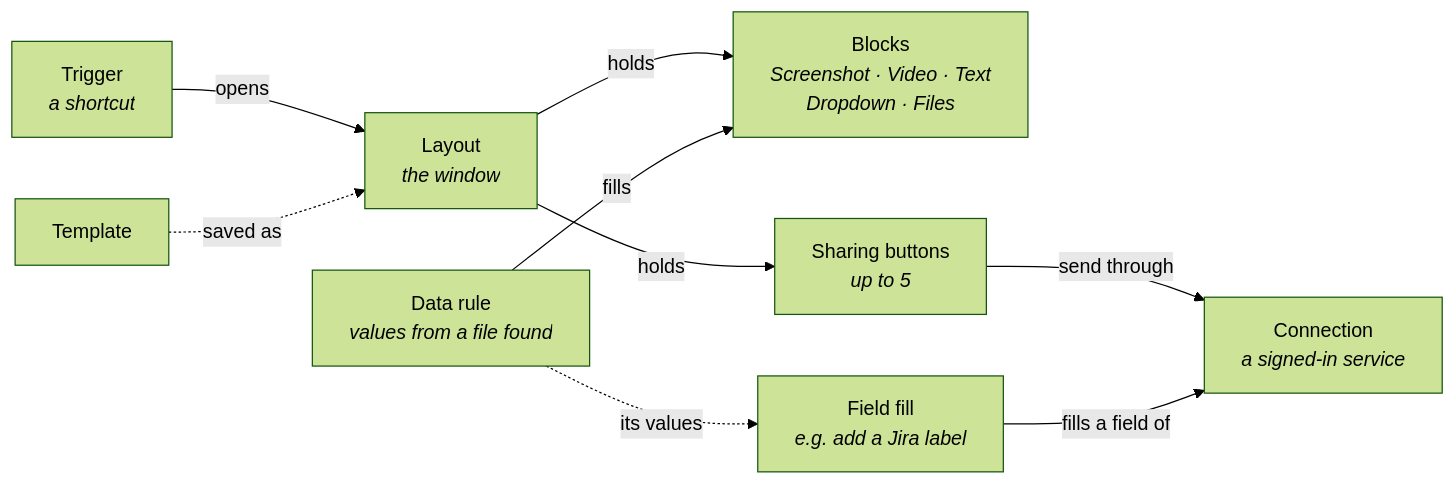
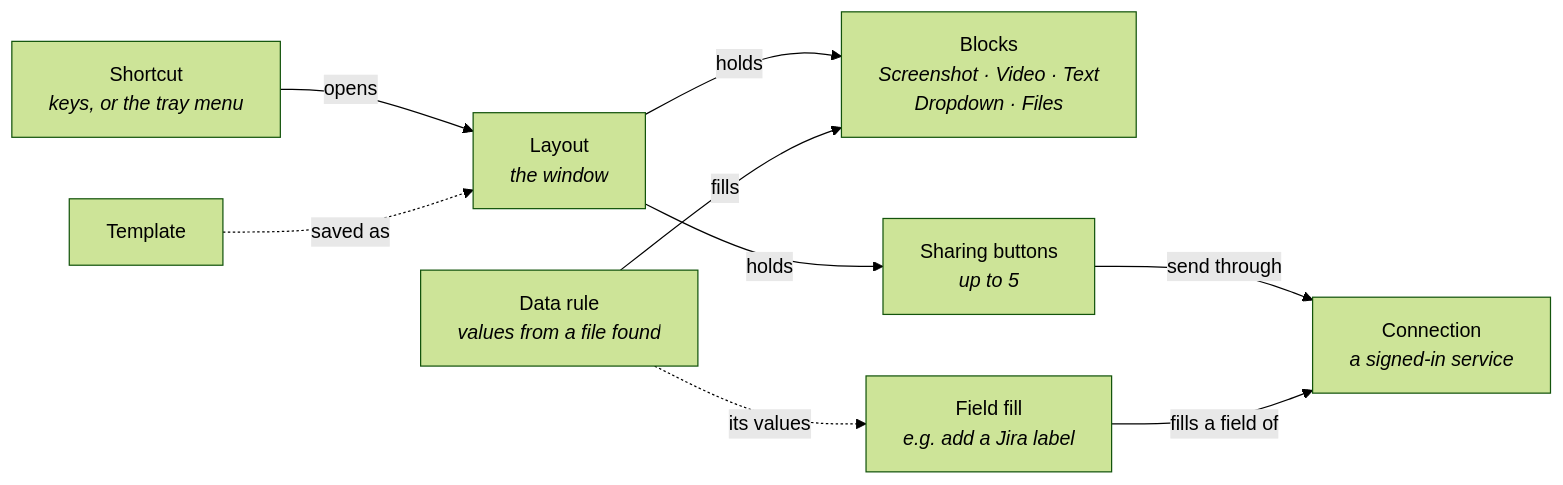
One commit to SotharL/CargoFrame changed the first of 4 diagrams in docs/design.md. Above: the diagram before and after it, drawn with Mermaid (forest theme). The commit also changed other lines of this file and 96 other files, not shown here.

````diff
--- a/docs/design.md
+++ b/docs/design.md
@@ -30,11 +30,11 @@
 ```mermaid
 flowchart LR
-    T[Trigger<br><i>a shortcut</i>] -- opens --> L[Layout<br><i>the window</i>]
+    T[Shortcut<br><i>keys, or the tray menu</i>] -- opens --> L[Layout<br><i>the window</i>]
     L -- holds --> B[Blocks<br><i>Screenshot · Video · Text<br>Dropdown · Files</i>]
     L -- holds --> S[Sharing buttons<br><i>up to 5</i>]
     S -- send through --> C[Connection<br><i>a signed-in service</i>]
     R[Data rule<br><i>values from a file found</i>] -- fills --> B
     X[Field fill<br><i>e.g. add a Jira label</i>] -- fills a field of --> C
     R -. its values .-> X
     TP[Template] -. saved as .-> L
 ```
````
